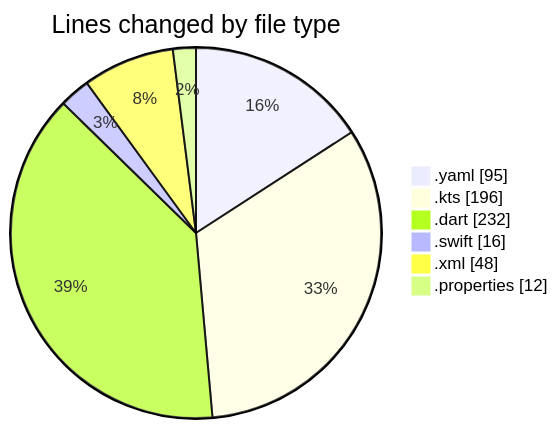
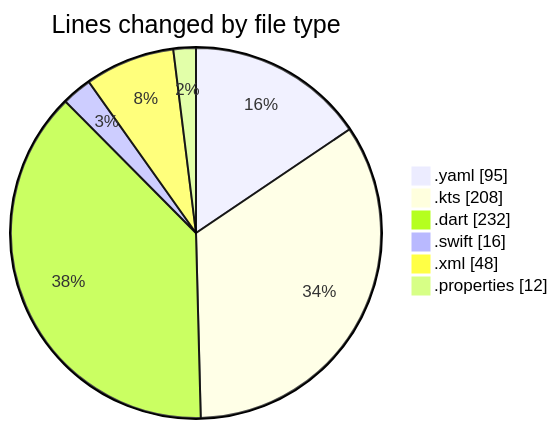
One commit to donsfak/code-tracking changed the first of 2 diagrams in 2025-02-16/uber_clone/README.md. Above: the diagram before and after it, drawn with Mermaid. The commit also changed other lines of this file and 1 other file, not shown here.

````diff
--- a/2025-02-16/uber_clone/README.md
+++ b/2025-02-16/uber_clone/README.md
@@ -26,10 +26,10 @@
 ```mermaid
 pie showData
 title Lines changed by file type
 ".yaml" : 95
-".kts" : 196
+".kts" : 208
 ".dart" : 232
 ".swift" : 16
 ".xml" : 48
 ".properties" : 12
 ```
````
